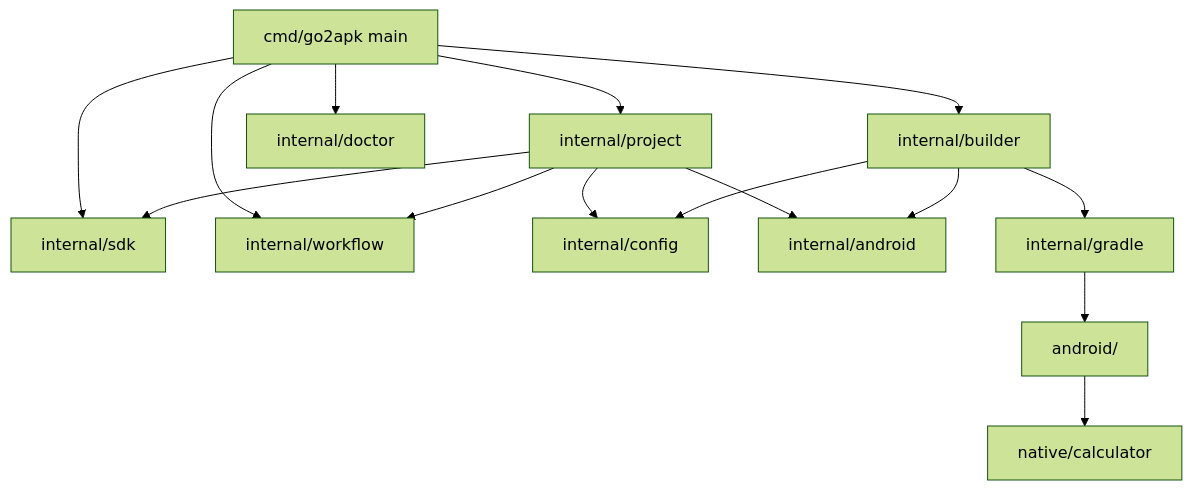
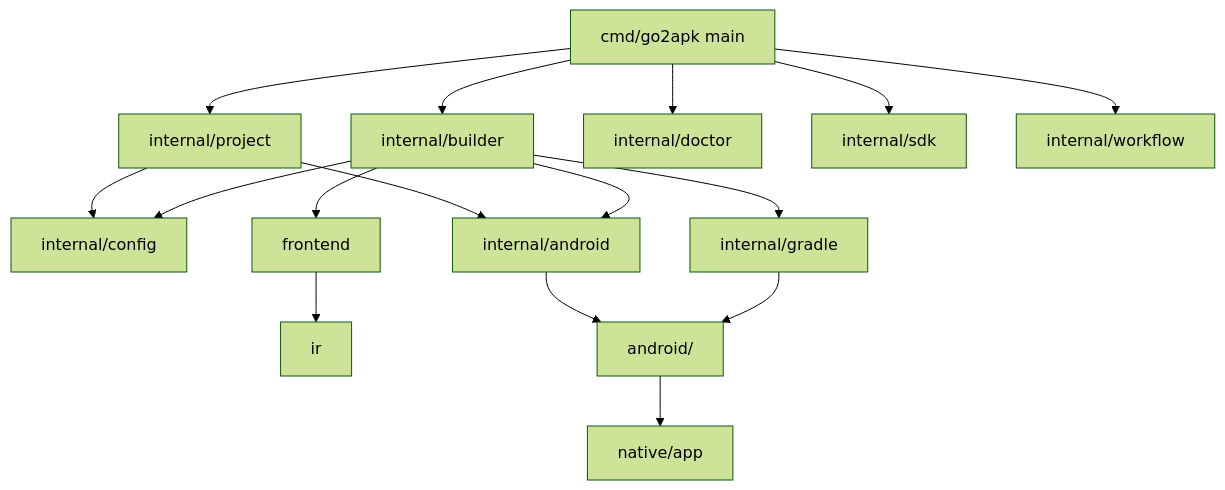
Before and after one commit to Baba01hacker666/Go2APK: the first of 3 diagrams in WORKINGS.md, drawn with Mermaid (forest theme). The commit also changed other lines of this file, not shown here.

Commit message:
docs: update WORKINGS.md for AST-based generic architecture

````diff
--- a/WORKINGS.md
+++ b/WORKINGS.md
@@ -23,17 +23,18 @@
 ```mermaid
 flowchart TD
     CLI[cmd/go2apk main] --> Project[internal/project]
     CLI --> Builder[internal/builder]
     CLI --> Doctor[internal/doctor]
     CLI --> SDK[internal/sdk]
     CLI --> Workflow[internal/workflow]
     Project --> Config[internal/config]
     Project --> AndroidTemplates[internal/android]
-    Project --> SDK
-    Project --> Workflow
+    Builder --> Frontend[frontend]
+    Frontend --> IR[ir]
+    Builder --> AndroidTemplates
     Builder --> Config
     Builder --> Gradle[internal/gradle]
-    Builder --> AndroidTemplates
-    Gradle --> AndroidProject[android/]
-    AndroidProject --> NativeCalculator[native/calculator]
+    AndroidTemplates --> AndroidProject[android/]
+    Gradle --> AndroidProject
+    AndroidProject --> NativeApp[native/app]
 ```
````
